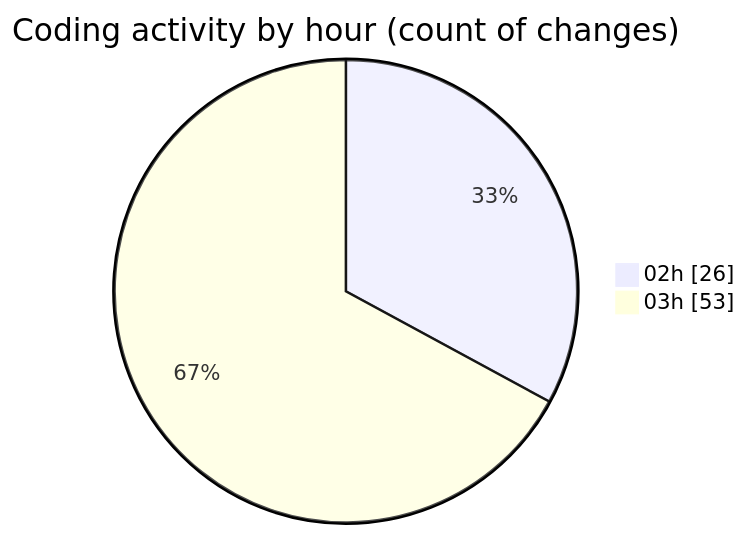
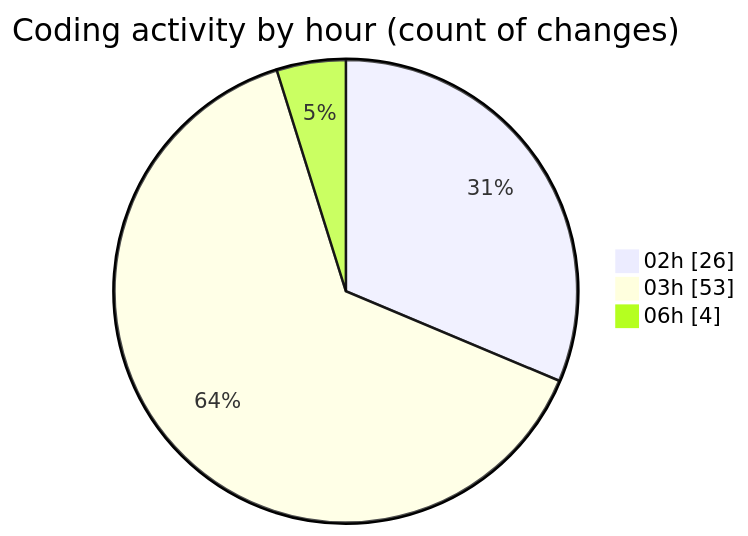
The second of 2 diagrams in 2025-02-22/micros/README.md (charlie-sans/code-tracking), drawn with Mermaid before and after one commit. The commit also changed other lines of this file and 1 other file, not shown here.

````diff
--- a/2025-02-22/micros/README.md
+++ b/2025-02-22/micros/README.md
@@ -49,6 +53,7 @@
 ```mermaid
 pie showData
 title Coding activity by hour (count of changes)
 "02h" : 26
 "03h" : 53
+"06h" : 4
 ```
````
